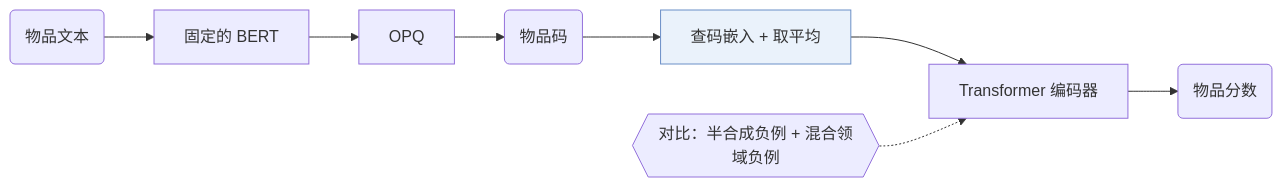
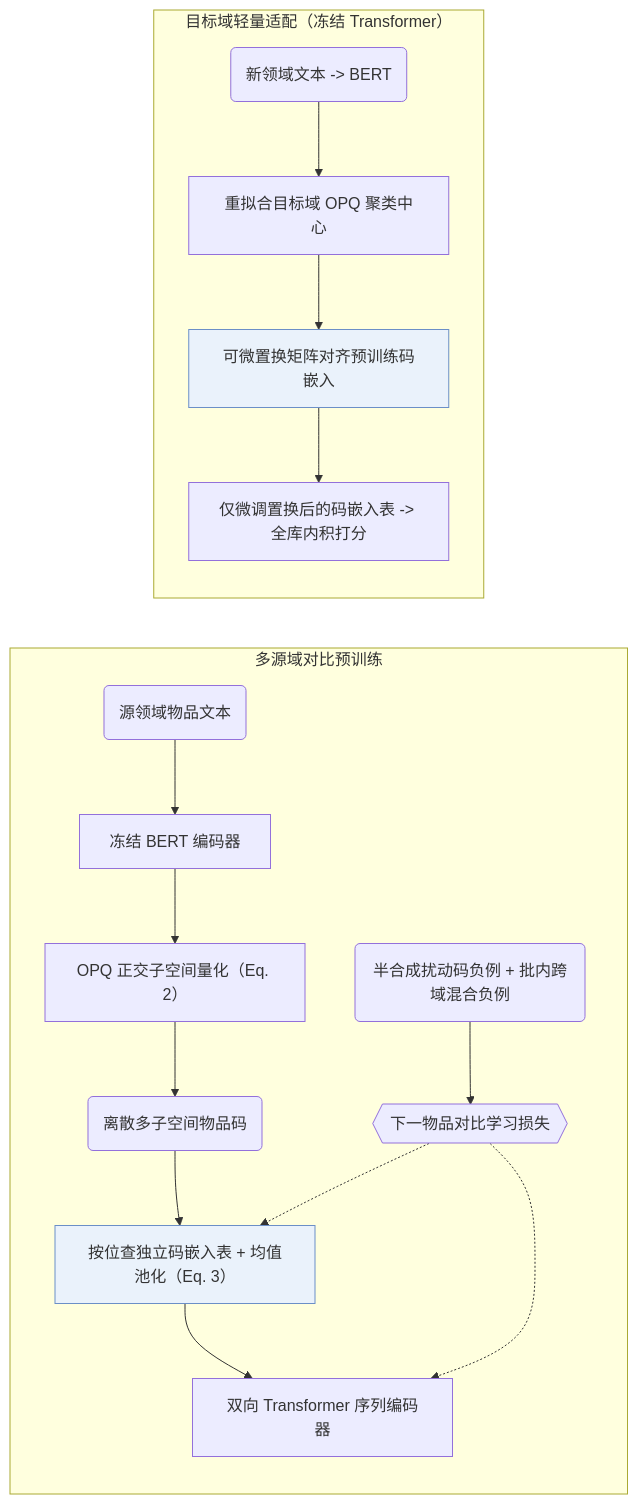
One commit to Galaxy-ghost/Awesome-SID-Generative-Rec changed the diagram in notes/zh/vq-rec.md. Above: the diagram before and after it, drawn with Mermaid. The commit also changed other lines of this file and 649 other files, not shown here.

Commit message:
writer-05: also tags and modality index (schema, check, build, visuals); summary field removed; calibration data for 12 papers

````diff
--- a/notes/zh/vq-rec.md
+++ b/notes/zh/vq-rec.md
@@ -7,11 +12,18 @@
 ```mermaid
 flowchart LR
-    A("物品文本") --> B["固定的 BERT"]
-    B --> C["OPQ"]
-    C --> D("物品码")
-    D --> E["查码嵌入 + 取平均"]:::key
-    E --> F["Transformer 编码器"]
-    L1{{"对比：半合成负例 + 混合领域负例"}} -.-> F
-    F --> G("物品分数")
+    subgraph Pre["多源域对比预训练"]
+        A("源领域物品文本") --> B["冻结 BERT 编码器"]
+        B --> C["OPQ 正交子空间量化（Eq. 2）"]
+        C --> D("离散多子空间物品码")
+        D --> E["按位查独立码嵌入表 + 均值池化（Eq. 3）"]:::key
+        E --> F["双向 Transformer 序列编码器"]
+        N("半合成扰动码负例 + 批内跨域混合负例") --> L1{{"下一物品对比学习损失"}}
+        L1 -.-> E & F
+    end
+    subgraph Adapt["目标域轻量适配（冻结 Transformer）"]
+        T("新领域文本 -> BERT") --> NPQ["重拟合目标域 OPQ 聚类中心"]
+        NPQ --> Perm["可微置换矩阵对齐预训练码嵌入"]:::key
+        Perm --> FT["仅微调置换后的码嵌入表 -> 全库内积打分"]
+    end
     classDef key fill:#eaf2fb,stroke:#6b8fc7
 ```
````
